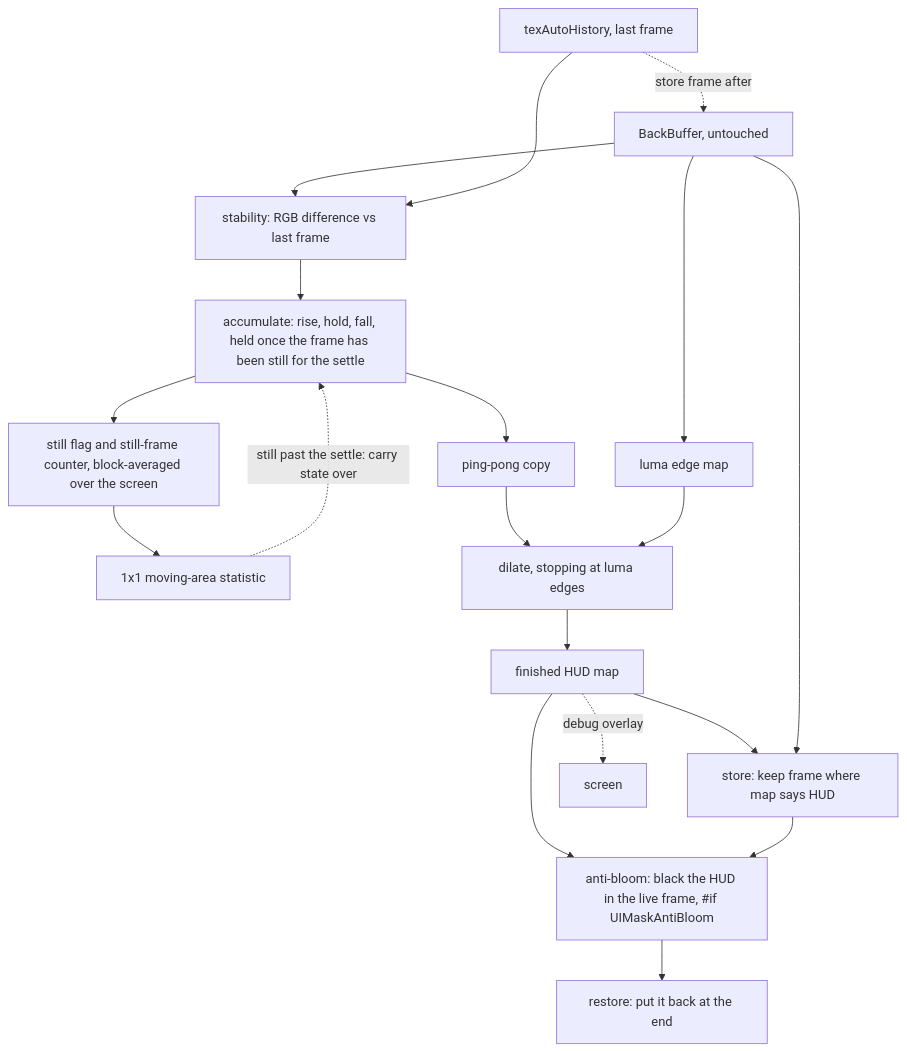
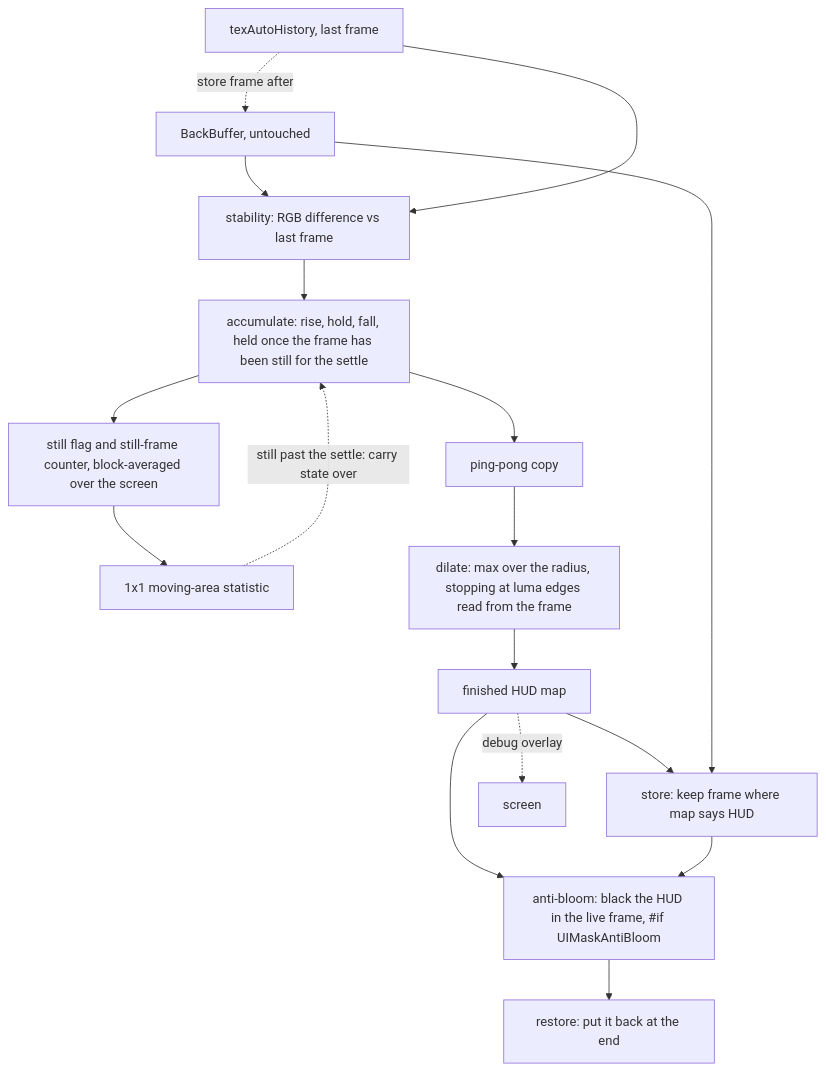
One commit to facboy/auto-mask-shader changed the diagram in .junie/plans/auto-mask-shader.md. Above: the diagram before and after it, drawn with Mermaid. The commit also changed other lines of this file, not shown here.

Commit message:
add a step-by-step implementation plan and fix the dilate design

````diff
--- a/.junie/plans/auto-mask-shader.md
+++ b/.junie/plans/auto-mask-shader.md
@@ -90,21 +90,19 @@
 ```mermaid
 graph TD
   BB[BackBuffer, untouched] --> STB[stability: RGB difference vs last frame]
   HIST[texAutoHistory, last frame] --> STB
   STB --> ACC[accumulate: rise, hold, fall, held once the frame has been still for the settle]
   ACC --> FLG[still flag and still-frame counter, block-averaged over the screen]
   FLG --> MSTAT[1x1 moving-area statistic]
   MSTAT -.->|still past the settle: carry state over| ACC
   ACC --> PP[ping-pong copy]
-  PP --> DIL[dilate, stopping at luma edges]
-  BB --> EDG[luma edge map]
-  EDG --> DIL
+  PP --> DIL[dilate: max over the radius, stopping at luma edges read from the frame]
   DIL --> MAP[finished HUD map]
   MAP --> STORE[store: keep frame where map says HUD]
   BB --> STORE
   MAP --> AB[anti-bloom: black the HUD in the live frame, #if UIMaskAntiBloom]
   STORE --> AB
   AB --> REST[restore: put it back at the end]
   HIST -.->|store frame after| BB
   MAP -.->|debug overlay| OUT[screen]
 ```
````
